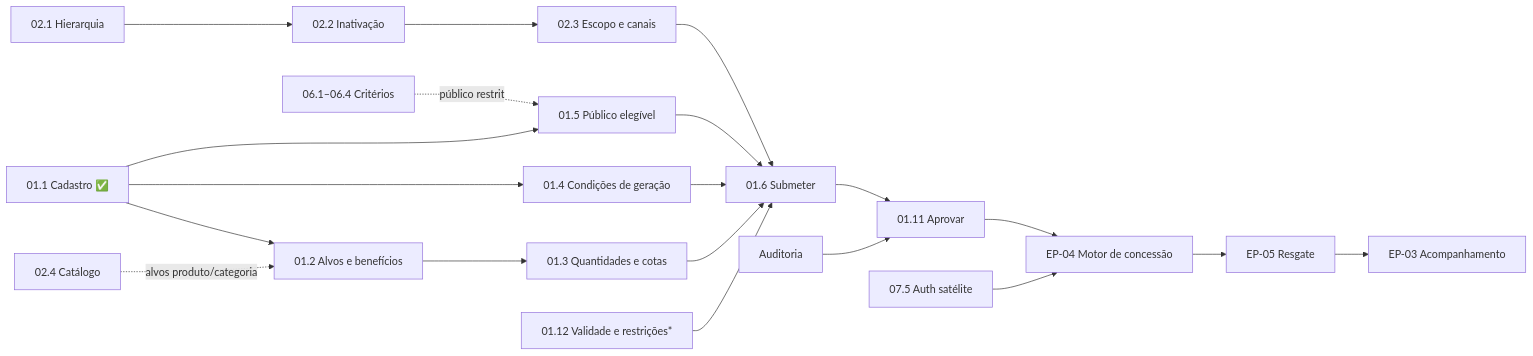
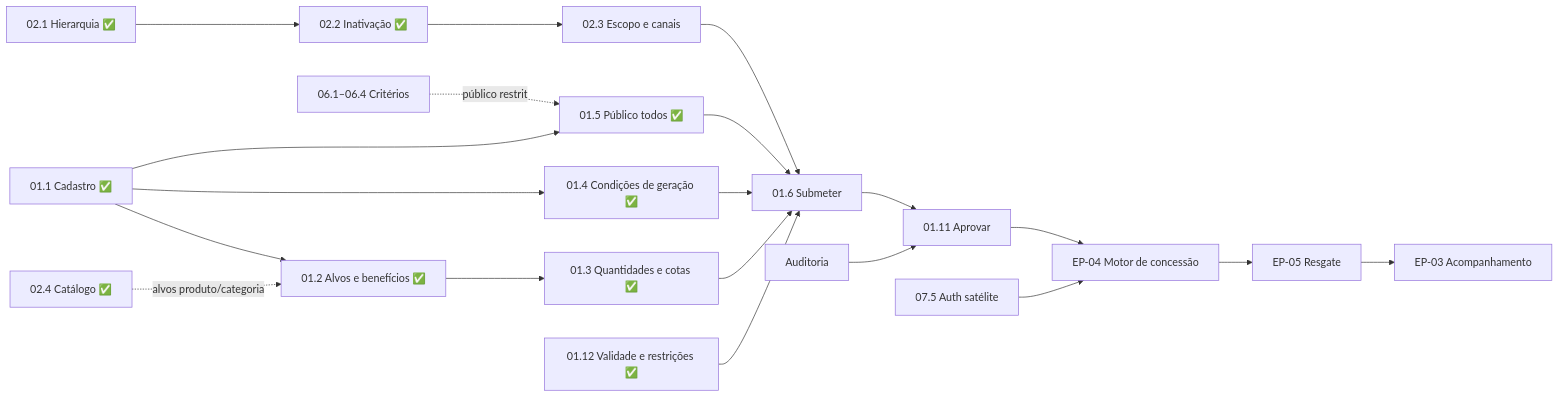
One commit to squad-30-residencia-iv/backend-api changed the diagram in docs/ROADMAP.md. Above: the diagram before and after it, drawn with Mermaid. The commit also changed other lines of this file and 1 other file, not shown here.

Commit message:
docs: alinha o roadmap e o estado do projeto ao EP-01 já entregue (#42)

````diff
--- a/docs/ROADMAP.md
+++ b/docs/ROADMAP.md
@@ -28,18 +29,18 @@
 ```mermaid
 flowchart LR
-    U011["01.1 Cadastro ✅"] --> U012["01.2 Alvos e benefícios"]
-    U024["02.4 Catálogo"] -.alvos produto/categoria.-> U012
-    U012 --> U013["01.3 Quantidades e cotas"]
-    U011 --> U014["01.4 Condições de geração"]
-    U011 --> U015["01.5 Público elegível"]
+    U011["01.1 Cadastro ✅"] --> U012["01.2 Alvos e benefícios ✅"]
+    U024["02.4 Catálogo ✅"] -.alvos produto/categoria.-> U012
+    U012 --> U013["01.3 Quantidades e cotas ✅"]
+    U011 --> U014["01.4 Condições de geração ✅"]
+    U011 --> U015["01.5 Público todos ✅"]
     EP06["06.1–06.4 Critérios"] -.público restrito.-> U015
-    U021["02.1 Hierarquia"] --> U022["02.2 Inativação"] --> U023["02.3 Escopo e canais"]
-    U0112["01.12 Validade e restrições*"]
+    U021["02.1 Hierarquia ✅"] --> U022["02.2 Inativação ✅"] --> U023["02.3 Escopo e canais"]
+    U0112["01.12 Validade e restrições ✅"]
     U013 & U014 & U015 & U023 & U0112 --> U016["01.6 Submeter"]
     U016 --> U0111["01.11 Aprovar"]
     AUD["Auditoria"] --> U0111
     U0111 --> EP04["EP-04 Motor de concessão"]
     U075["07.5 Auth satélite"] --> EP04
     EP04 --> EP05["EP-05 Resgate"]
     EP05 --> EP03["EP-03 Acompanhamento"]
 ```
````
